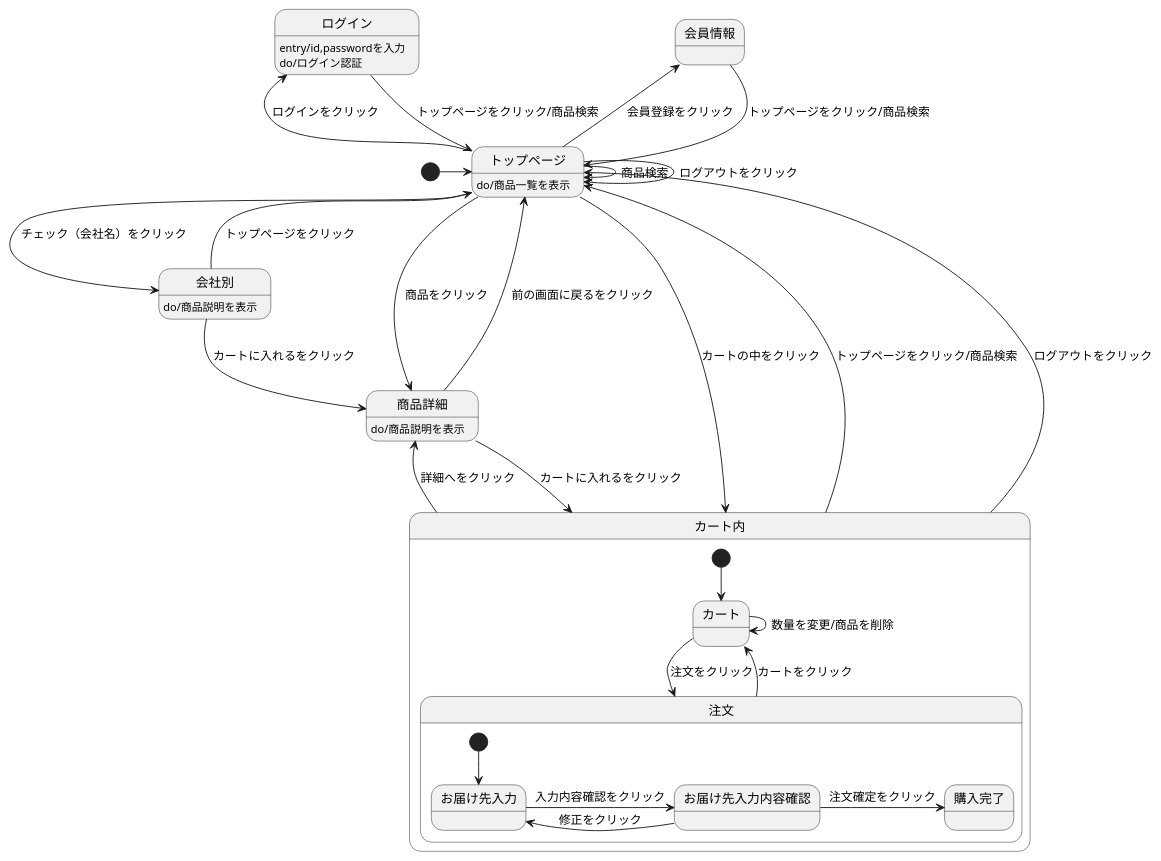
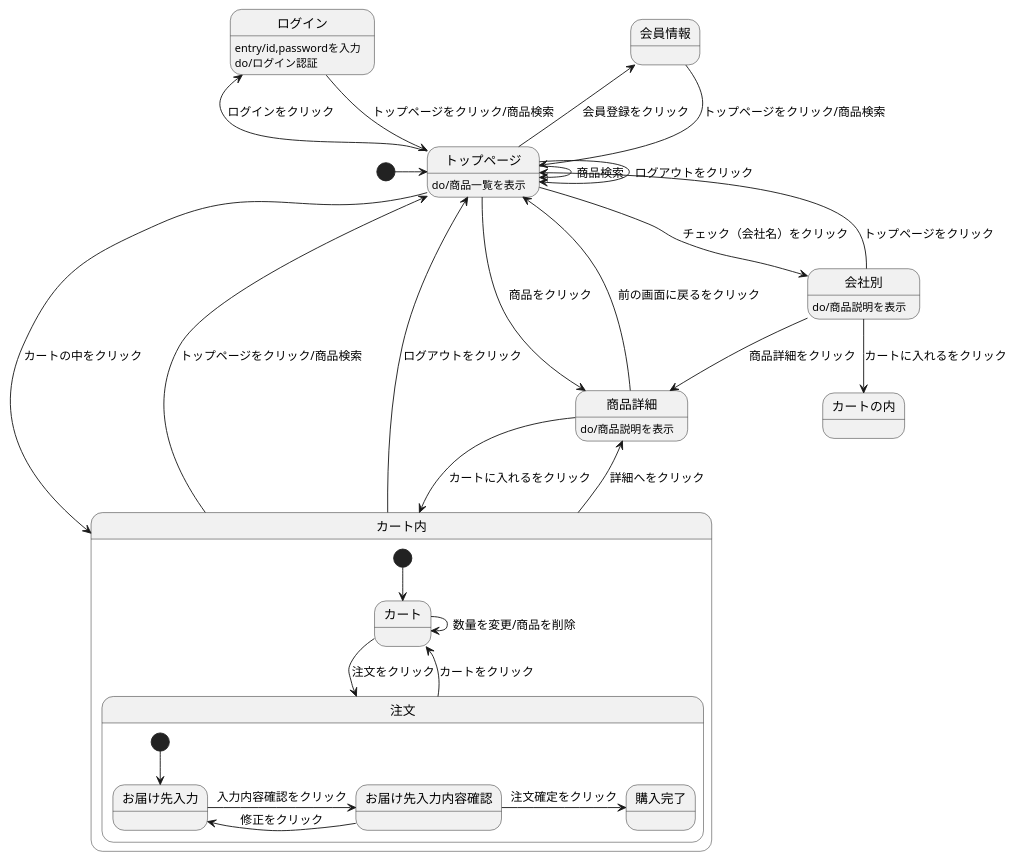
Before and after one commit to Aso2001403/2021sys-design: the diagram in myHP/第１２回画面遷移/画面遷移.md, drawn with PlantUML.

````diff
--- a/myHP/第１２回画面遷移/画面遷移.md
+++ b/myHP/第１２回画面遷移/画面遷移.md
@@ -1,39 +1,40 @@
 ```uml
 @startuml
 [*] -> トップページ
 会員情報 --> トップページ : トップページをクリック/商品検索
 ログイン --> トップページ : トップページをクリック/商品検索
 ログイン : entry/id,passwordを入力
 ログイン : do/ログイン認証
 トップページ --> トップページ : ログアウトをクリック
 トップページ -> トップページ : 商品検索
 トップページ -> 商品詳細 : 商品をクリック
 トップページ -> 会社別 : チェック（会社名）をクリック
 トップページ -left-> 会員情報 : 会員登録をクリック
 トップページ -left-> ログイン : ログインをクリック
 トップページ --> カート内 : カートの中をクリック
 トップページ : do/商品一覧を表示
 商品詳細 --> カート内 : カートに入れるをクリック
 商品詳細 --> トップページ : 前の画面に戻るをクリック
 商品詳細 : do/商品説明を表示
-会社別 -->  商品詳細: カートに入れるをクリック
+会社別 -->  商品詳細: 商品詳細をクリック
+会社別 -->  カートの内: カートに入れるをクリック
 会社別 --> トップページ : トップページをクリック
 会社別 : do/商品説明を表示
 カート内 -up-> トップページ : トップページをクリック/商品検索
 カート内 -up-> トップページ : ログアウトをクリック
 カート内 -> 商品詳細 : 詳細へをクリック
 
 state カート内 {
   [*] --> カート
   カート -> 注文 : 注文をクリック
   カート -> カート : 数量を変更/商品を削除
   注文 --> カート : カートをクリック
   state 注文 {
     [*] --> お届け先入力
     お届け先入力 -> お届け先入力内容確認 : 入力内容確認をクリック
     お届け先入力内容確認 -> お届け先入力 : 修正をクリック
     お届け先入力内容確認 -> 購入完了 : 注文確定をクリック
   }
 
 @enduml
 ```
````
